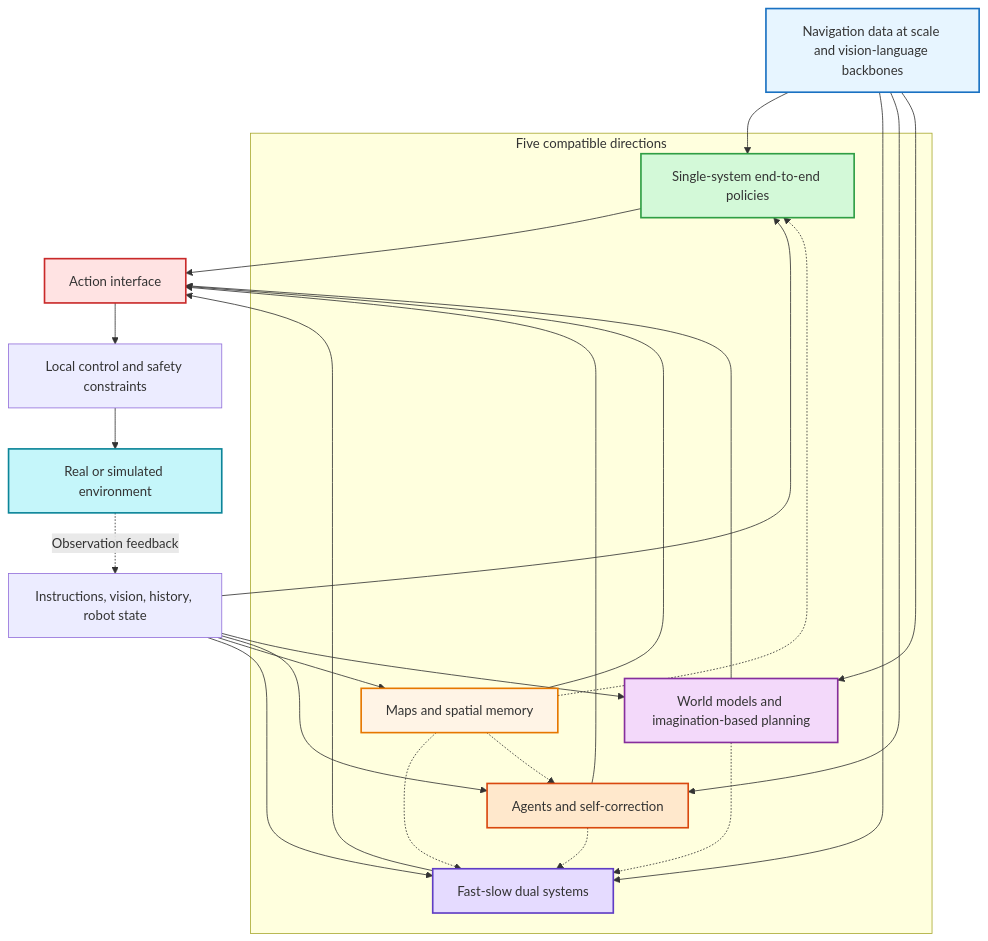
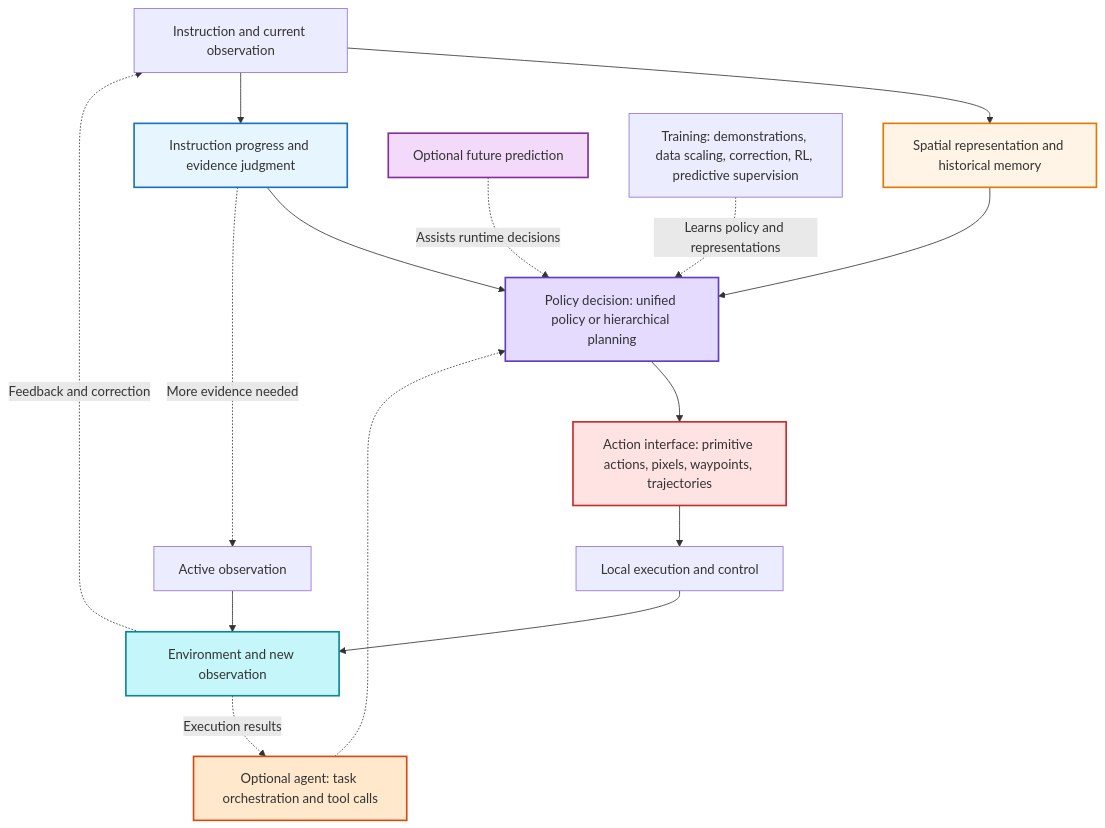
Before and after one commit to TingdeLiu/tingdeliu.github.io: the fourth of 14 diagrams in _translations/en/research/VLN-Survey.md, drawn with Mermaid. The commit also changed other lines of this file and 2 other files, not shown here.

````diff
--- a/_translations/en/research/VLN-Survey.md
+++ b/_translations/en/research/VLN-Survey.md
@@ -238,46 +253,25 @@
 ```mermaid
 flowchart TB
-    D["Navigation data at scale and vision-language backbones"]
-    I["Instructions, vision, history, robot state"]
+    I["Instruction and current observation"] --> S["Spatial representation and historical memory"]
+    I --> P["Instruction progress and evidence judgment"]
+    S --> D["Policy decision: unified policy or hierarchical planning"]
+    P --> D
+    D --> A["Action interface: primitive actions, pixels, waypoints, trajectories"]
+    A --> C["Local execution and control"]
+    C --> E["Environment and new observation"]
+    E -.->|Feedback and correction| I
+    P -.->|More evidence needed| O["Active observation"]
+    O --> E
+    G["Optional agent: task orchestration and tool calls"] -.-> D
+    E -.->|Execution results| G
+    W["Optional future prediction"] -.->|Assists runtime decisions| D
+    T["Training: demonstrations, data scaling, correction, RL, predictive supervision"] -.->|Learns policy and representations| D
 
-    subgraph routes["Five compatible directions"]
-        E["Single-system end-to-end policies"]
-        F["Fast-slow dual systems"]
-        M["Maps and spatial memory"]
-        A["Agents and self-correction"]
-        W["World models and imagination-based planning"]
-    end
-
-    D --> E
-    D --> F
-    D --> A
-    D --> W
-    I --> E
-    I --> F
-    I --> M
-    I --> A
-    I --> W
-    M -.-> E
-    M -.-> F
-    M -.-> A
-    W -.-> F
-    A -.-> F
-
-    E --> X["Action interface"]
-    F --> X
-    M --> X
-    A --> X
-    W --> X
-    X --> C["Local control and safety constraints"]
-    C --> R["Real or simulated environment"]
-    R -.->|Observation feedback| I
-
-    style D fill:#e7f5ff,stroke:#1971c2,stroke-width:2px
-    style E fill:#d3f9d8,stroke:#2f9e44,stroke-width:2px
-    style F fill:#e5dbff,stroke:#5f3dc4,stroke-width:2px
-    style M fill:#fff4e6,stroke:#e67700,stroke-width:2px
-    style A fill:#ffe8cc,stroke:#d9480f,stroke-width:2px
+    style S fill:#fff4e6,stroke:#e67700,stroke-width:2px
+    style P fill:#e7f5ff,stroke:#1971c2,stroke-width:2px
+    style D fill:#e5dbff,stroke:#5f3dc4,stroke-width:2px
+    style A fill:#ffe3e3,stroke:#c92a2a,stroke-width:2px
+    style G fill:#ffe8cc,stroke:#d9480f,stroke-width:2px
     style W fill:#f3d9fa,stroke:#862e9c,stroke-width:2px
-    style X fill:#ffe3e3,stroke:#c92a2a,stroke-width:2px
-    style R fill:#c5f6fa,stroke:#0c8599,stroke-width:2px
+    style E fill:#c5f6fa,stroke:#0c8599,stroke-width:2px
 ```
````
